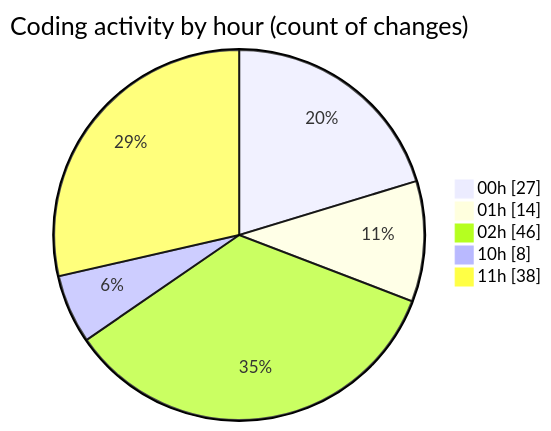
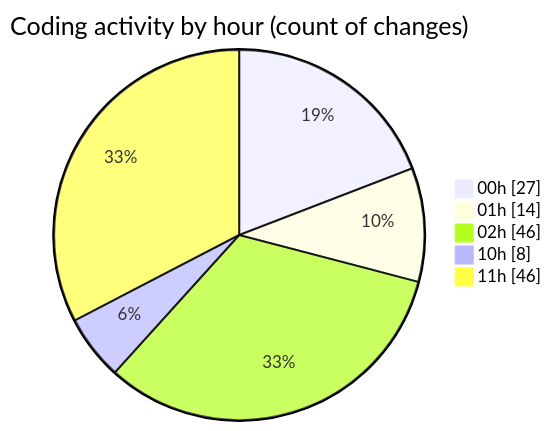
The second of 2 diagrams in 2025-07-17/nhahang/README.md (lephambinh05/code-tracking), drawn with Mermaid before and after one commit. The commit also changed other lines of this file and 1 other file, not shown here.

````diff
--- a/2025-07-17/nhahang/README.md
+++ b/2025-07-17/nhahang/README.md
@@ -61,9 +64,9 @@
 ```mermaid
 pie showData
 title Coding activity by hour (count of changes)
 "00h" : 27
 "01h" : 14
 "02h" : 46
 "10h" : 8
-"11h" : 38
+"11h" : 46
 ```
````
